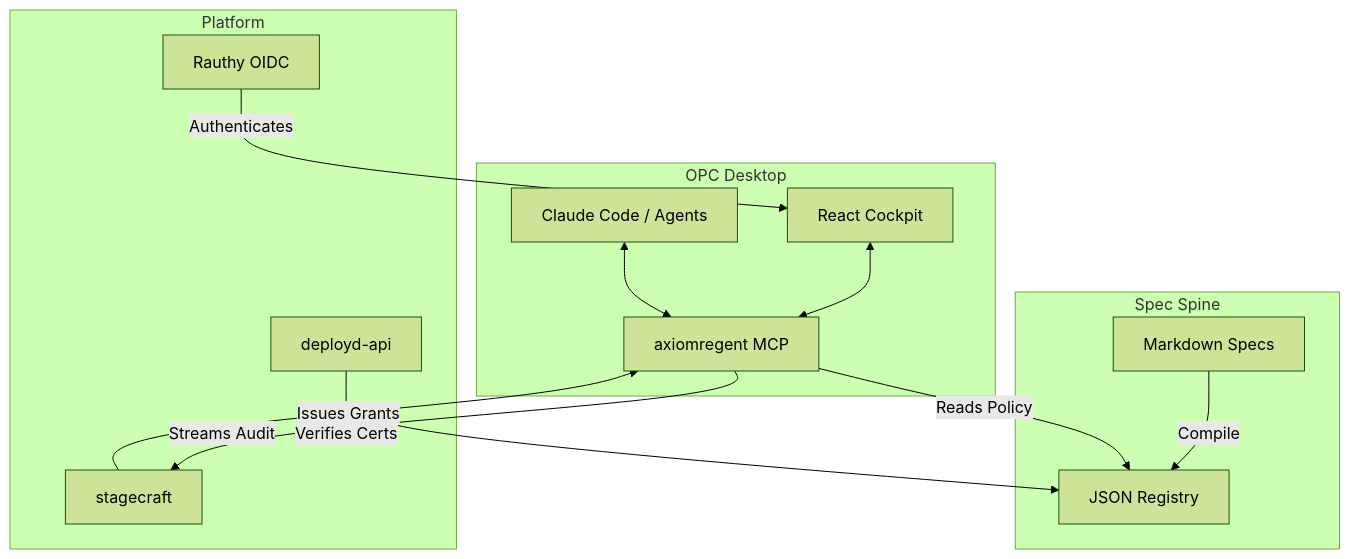
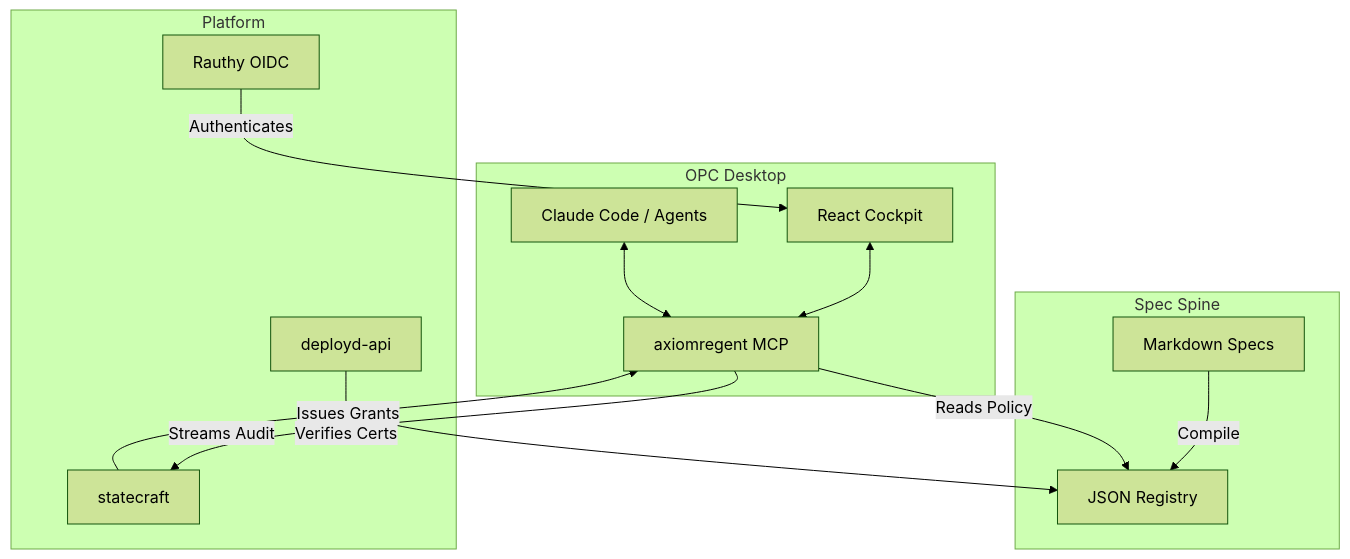
Before and after one commit to stagecraft-ing/open-agentic-platform: the diagram in website/docs/architecture/three-layer-overview.md, drawn with Mermaid (forest theme). The commit also changed other lines of this file and 701 other files, not shown here.

````diff
--- a/website/docs/architecture/three-layer-overview.md
+++ b/website/docs/architecture/three-layer-overview.md
@@ -15,26 +15,26 @@
 ```mermaid
 flowchart TD
     subgraph Spec Spine
         MD[Markdown Specs] -->|Compile| JSON[JSON Registry]
     end
 
     subgraph OPC Desktop
         UI[React Cockpit]
         MCP[axiomregent MCP]
         Agent[Claude Code / Agents]
         UI <--> MCP
         Agent <--> MCP
     end
 
     subgraph Platform
         Auth[Rauthy OIDC]
         Deploy[deployd-api]
-        SaaS[stagecraft]
+        SaaS[statecraft]
     end
 
     MCP -->|Reads Policy| JSON
     MCP -->|Streams Audit| SaaS
     SaaS -->|Issues Grants| MCP
     Auth -->|Authenticates| UI
     Deploy -->|Verifies Certs| JSON
 ```
````
